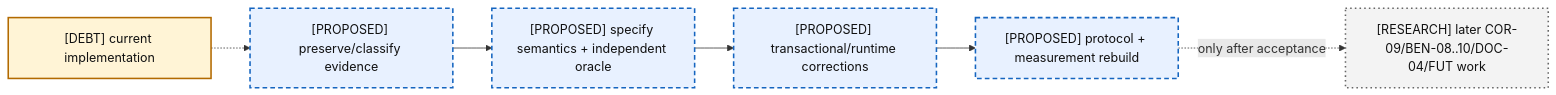
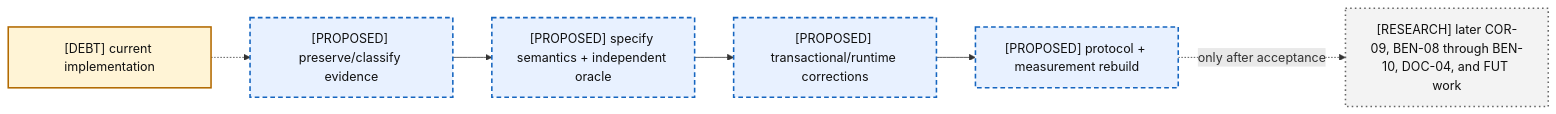
Before and after one commit to Ahmed-Aljassem/Helios: the fourth of 4 diagrams in docs/helios-architecture-atlas/12-near-term-corrected-architecture.md, drawn with Mermaid. The commit also changed other lines of this file and 19 other files, not shown here.

````diff
--- a/docs/helios-architecture-atlas/12-near-term-corrected-architecture.md
+++ b/docs/helios-architecture-atlas/12-near-term-corrected-architecture.md
@@ -133,20 +133,20 @@
 ```mermaid
 flowchart LR
     C["[DEBT] current implementation"]:::debt
     S0["[PROPOSED] preserve/classify evidence"]:::proposed
     S1["[PROPOSED] specify semantics + independent oracle"]:::proposed
     S2["[PROPOSED] transactional/runtime corrections"]:::proposed
     S3["[PROPOSED] protocol + measurement rebuild"]:::proposed
-    L["[RESEARCH] later COR-09/BEN-08..10/DOC-04/FUT work"]:::research
+    L["[RESEARCH] later COR-09, BEN-08 through BEN-10, DOC-04, and FUT work"]:::research
     C -.-> S0
     S0 --> S1
     S1 --> S2
     S2 --> S3
     S3 -.->|only after acceptance| L
     classDef current fill:#eef7ee,stroke:#1b5e20,stroke-width:2px,color:#111;
     classDef debt fill:#fff4d6,stroke:#b26a00,stroke-width:2px,color:#111;
     classDef invalid fill:#ffe8e8,stroke:#b71c1c,stroke-width:3px,color:#111;
     classDef proposed fill:#e8f1ff,stroke:#1565c0,stroke-width:2px,stroke-dasharray: 6 4,color:#111;
     classDef research fill:#f3f3f3,stroke:#666,stroke-width:2px,stroke-dasharray: 2 4,color:#111;
     classDef context fill:#fafafa,stroke:#777,stroke-width:2px,stroke-dasharray: 2 4,color:#111;
 ```
````
